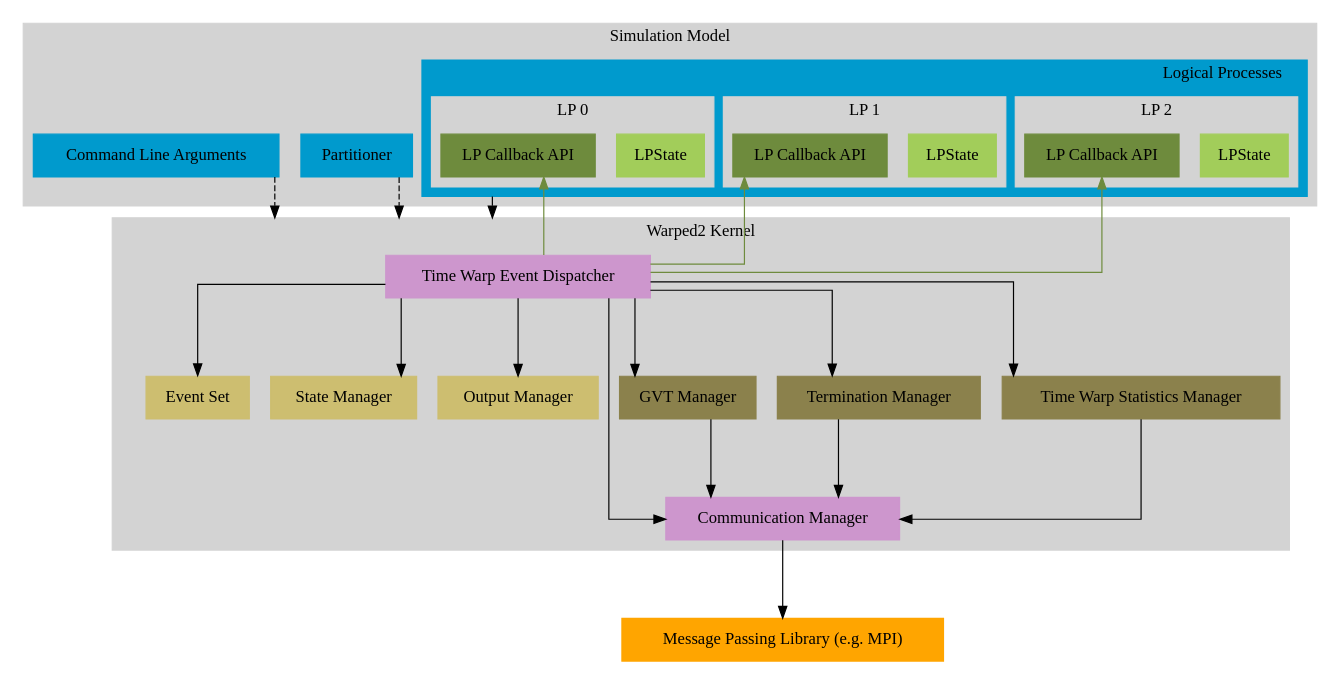
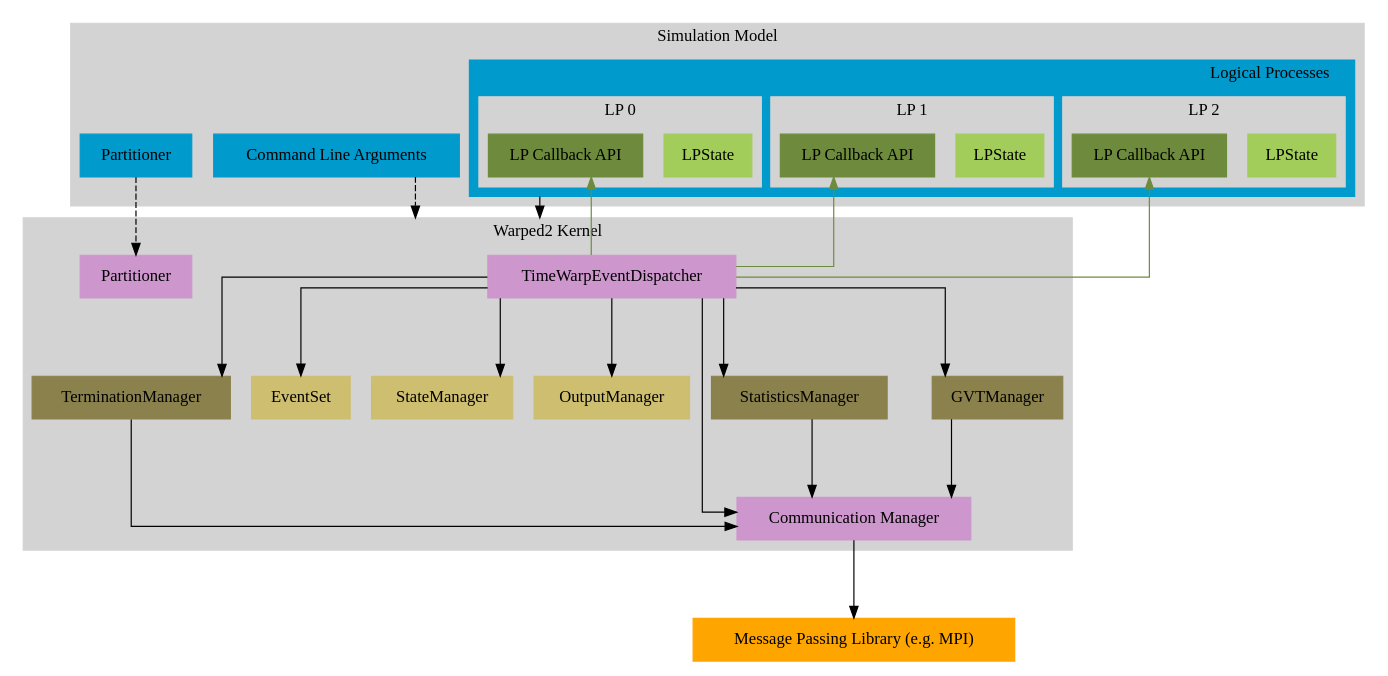
The diagram in figs/graphviz/warped2_overview.dot (weberd6/thesis), drawn with Graphviz before and after one commit. The commit also changed 3 other files, not shown here.

```diff
--- a/figs/graphviz/warped2_overview.dot
+++ b/figs/graphviz/warped2_overview.dot
@@ -1,83 +1,84 @@
 digraph overview {
 
     node [shape = record];
     compound = true;
     splines = ortho;
     ranksep = 0.9;
 
     subgraph cluster_model {
         subgraph cluster_lps {
             subgraph cluster_lp0 {
                 lp_state0 [label = "LPState", style = filled, color = darkolivegreen3];
                 lp_api0 [label = "LP Callback API", style = filled, color = darkolivegreen4];
                 label = "LP 2";
                 style = filled;
                 color = lightgrey;
             }
             subgraph cluster_lp1 {
                 lp_state1 [label = "LPState", style = filled, color = darkolivegreen3];
                 lp_api1 [label = "LP Callback API", style = filled, color = darkolivegreen4];
                 label = "LP 1";
                 style = filled;
                 color = lightgrey;
             }
             subgraph cluster_lp2 {
                 lp_state2 [label = "LPState", style = filled, color = darkolivegreen3];
                 lp_api2 [label = "LP Callback API", style = filled, color = darkolivegreen4];
                 label = "LP 0";
                 style = filled;
                 color = lightgrey;
             }
             label = "Logical Processes";
             labeljust = "r";
             style = filled;
             color = deepskyblue3;
         }
         partitioner [label = "Partitioner", style = filled, color = deepskyblue3];
         command_line_args [label = "Command Line Arguments", style = filled, color = deepskyblue3];
         label = "Simulation Model";
         style = filled;
         color = lightgrey;
     }
 
     subgraph cluster_kernel {
-        event_dispatcher [label = "Time Warp Event Dispatcher", style = filled, color = plum3];
+        event_dispatcher [label = "TimeWarpEventDispatcher", style = filled, color = plum3];
         comm_manager [label = "Communication Manager", style = filled, color = plum3];
+        partitioner1 [label = "Partitioner", style = filled, color = plum3];
 
-        event_set [label = "Event Set", style = filled, color = lightgoldenrod3];
-        state_manager [label = "State Manager", style = filled, color = lightgoldenrod3];
-        output_manager [label = "Output Manager", style = filled, color = lightgoldenrod3];
-        gvt_manager [label = "GVT Manager", style = filled, color = lightgoldenrod4];
-        termination_manager [label = "Termination Manager", style = filled, color = lightgoldenrod4];
-        time_warp_statistics [label = "Time Warp Statistics Manager", style = filled, color = lightgoldenrod4];
+        event_set [label = "EventSet", style = filled, color = lightgoldenrod3];
+        state_manager [label = "StateManager", style = filled, color = lightgoldenrod3];
+        output_manager [label = "OutputManager", style = filled, color = lightgoldenrod3];
+        gvt_manager [label = "GVTManager", style = filled, color = lightgoldenrod4];
+        termination_manager [label = "TerminationManager", style = filled, color = lightgoldenrod4];
+        time_warp_statistics [label = "StatisticsManager", style = filled, color = lightgoldenrod4];
 
         "event_dispatcher" -> "event_set";
         "event_dispatcher" -> "state_manager";
         "event_dispatcher" -> "output_manager";
         "event_dispatcher" -> "gvt_manager";
         "event_dispatcher" -> "termination_manager";
         "event_dispatcher" -> "time_warp_statistics";
 
         "event_dispatcher" -> "comm_manager";
         "gvt_manager" -> "comm_manager";
         "termination_manager" -> "comm_manager";
         "time_warp_statistics" -> "comm_manager";
 
         label = "Warped2 Kernel";
         style = filled;
         color = lightgrey;
     }
 
     // Kernel Interface
     "lp_api2" -> "event_dispatcher" [lhead=cluster_kernel, ltail=cluster_lps];
-    "partitioner" -> "event_dispatcher" [lhead=cluster_kernel, style = dashed];
+    "partitioner" -> "partitioner1" [style = dashed];
     "command_line_args" -> "event_dispatcher" [lhead=cluster_kernel, style = dashed];
 
     // Callback API
     "event_dispatcher" -> "lp_api0" [color = darkolivegreen4];
     "event_dispatcher" -> "lp_api1" [color = darkolivegreen4];
     "event_dispatcher" -> "lp_api2" [color = darkolivegreen4];
 
     mpl [label = "Message Passing Library (e.g. MPI)", style = filled, color = orange];
     "comm_manager" -> "mpl";
 }
```
